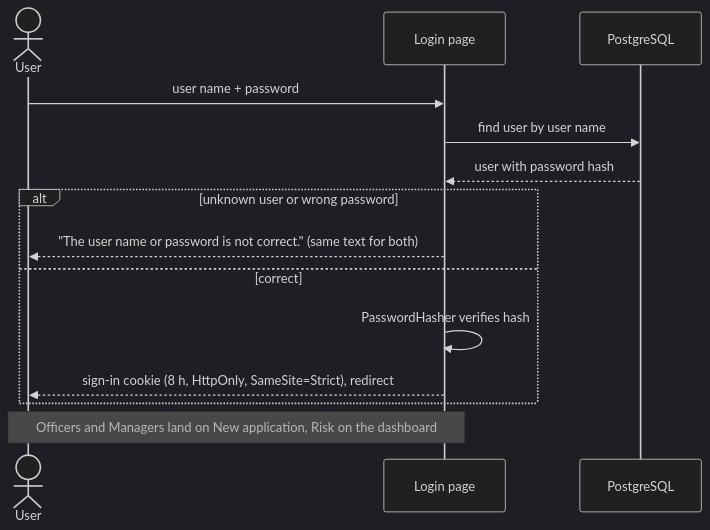
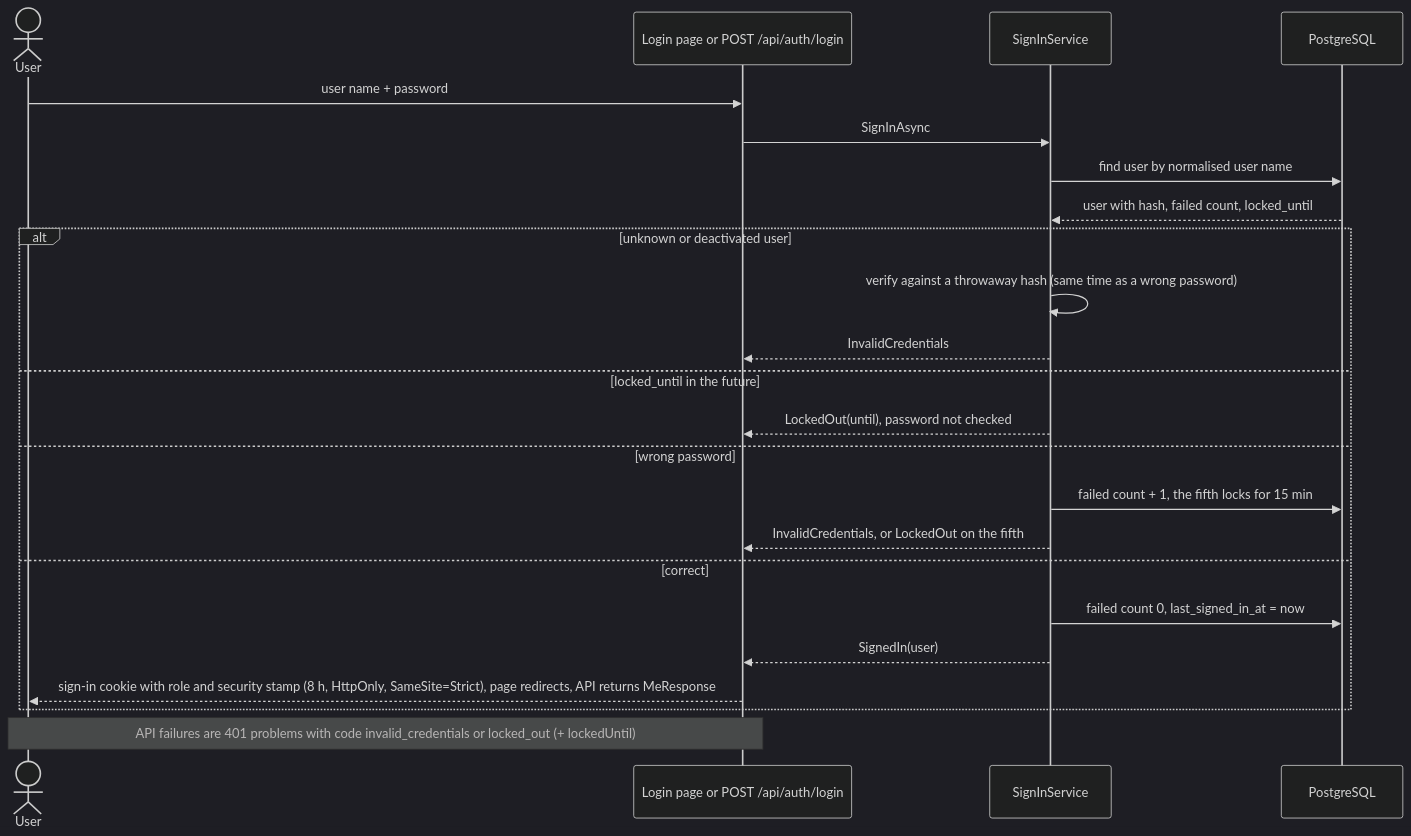
The first of 8 diagrams in architecture/07-flows.md (dejan3dejan/credit-scoring-dss), drawn with Mermaid (dark theme) before and after one commit. The commit also changed other lines of this file and 25 other files, not shown here.

Commit message:
Update class, database, flow and access diagrams for roles, branches and the application life cycle

````diff
--- a/architecture/07-flows.md
+++ b/architecture/07-flows.md
@@ -5,16 +7,25 @@
 ```mermaid
 sequenceDiagram
     actor U as User
-    participant L as Login page
+    participant L as Login page or POST /api/auth/login
+    participant S as SignInService
     participant DB as PostgreSQL
     U->>L: user name + password
-    L->>DB: find user by user name
-    DB-->>L: user with password hash
-    alt unknown user or wrong password
-        L-->>U: "The user name or password is not correct." (same text for both)
+    L->>S: SignInAsync
+    S->>DB: find user by normalised user name
+    DB-->>S: user with hash, failed count, locked_until
+    alt unknown or deactivated user
+        S->>S: verify against a throwaway hash (same time as a wrong password)
+        S-->>L: InvalidCredentials
+    else locked_until in the future
+        S-->>L: LockedOut(until), password not checked
+    else wrong password
+        S->>DB: failed count + 1, the fifth locks for 15 min
+        S-->>L: InvalidCredentials, or LockedOut on the fifth
     else correct
-        L->>L: PasswordHasher verifies hash
-        L-->>U: sign-in cookie (8 h, HttpOnly, SameSite=Strict), redirect
+        S->>DB: failed count 0, last_signed_in_at = now
+        S-->>L: SignedIn(user)
+        L-->>U: sign-in cookie with role and security stamp (8 h, HttpOnly, SameSite=Strict), page redirects, API returns MeResponse
     end
-    Note over U,L: Officers and Managers land on New application, Risk on the dashboard
+    Note over U,L: API failures are 401 problems with code invalid_credentials or locked_out (+ lockedUntil)
 ```
````
